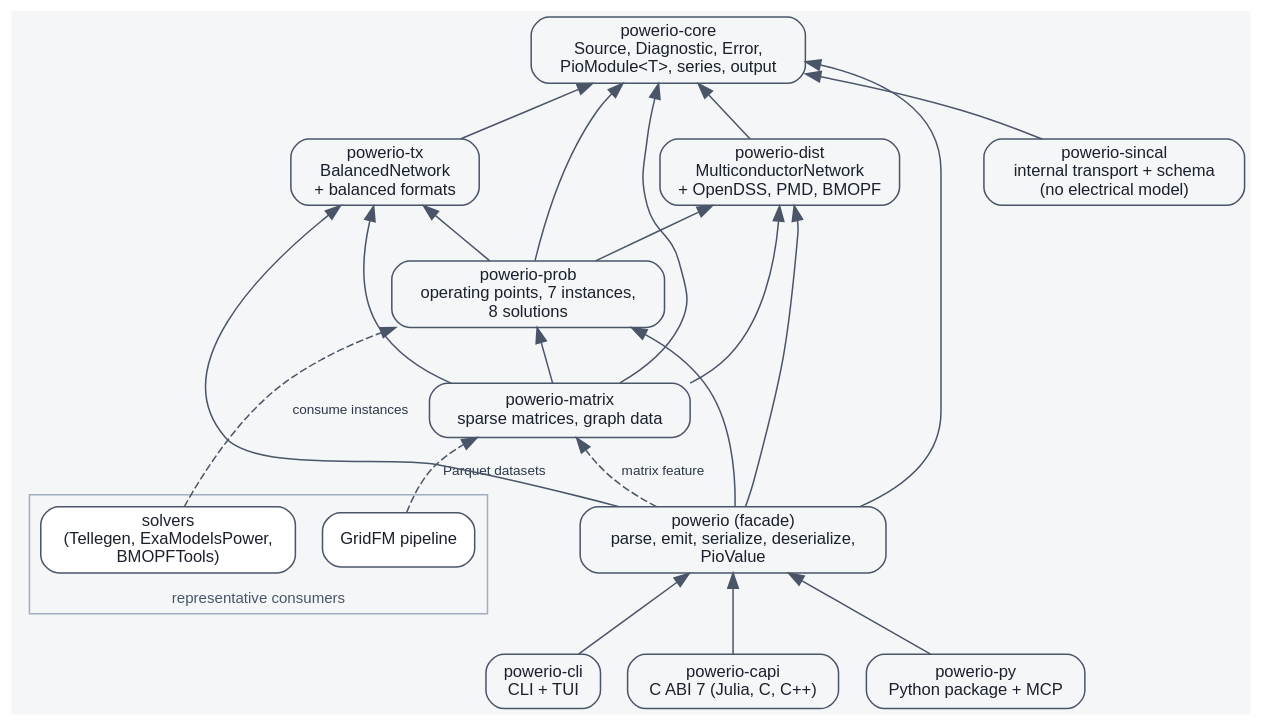
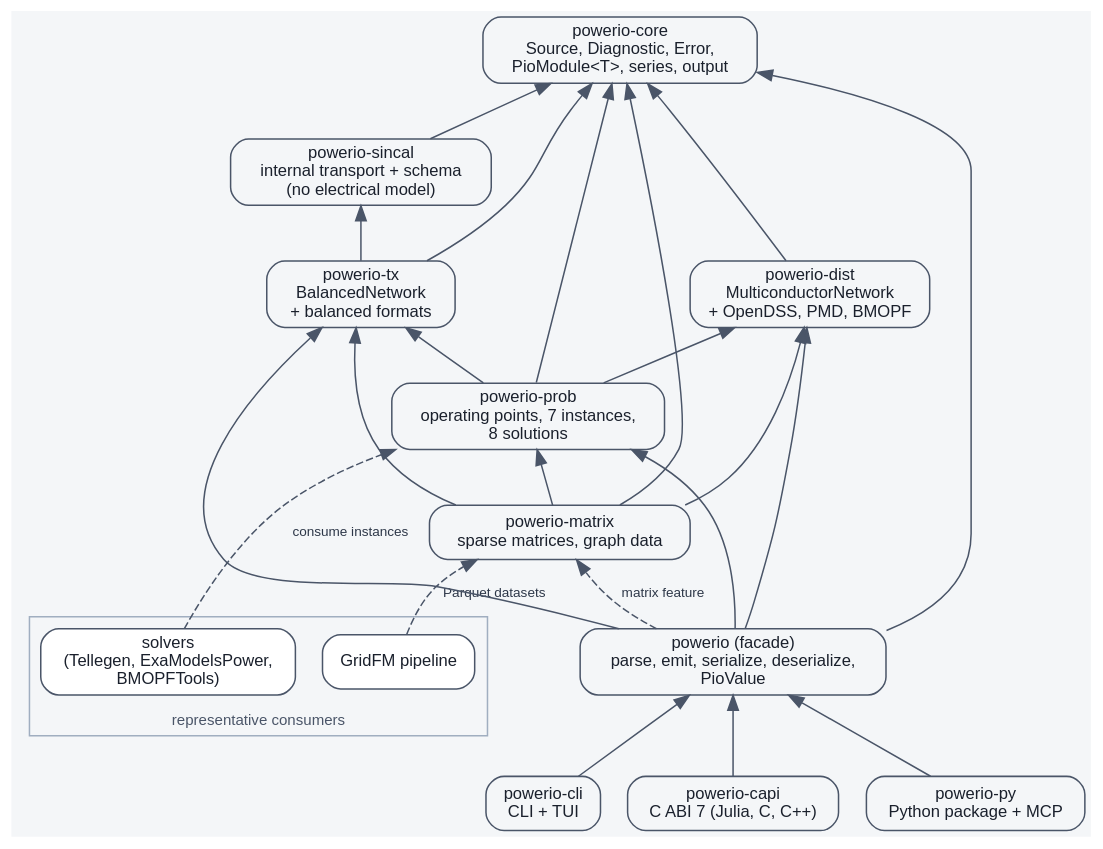
The diagram in docs/diagrams/architecture.dot (eigenergy/powerio), drawn with Graphviz before and after one commit. The commit also changed 21 other files, not shown here.

```diff
--- a/docs/diagrams/architecture.dot
+++ b/docs/diagrams/architecture.dot
@@ -1,58 +1,59 @@
 // The primary architecture map: components, dependency direction, and the
 // two network families. Edges read "depends on" unless labeled. Checked
 // against cargo metadata by scripts/check-architecture-map.py; the committed
 // SVG is generated by the same script. Node ids that name crates must match
 // workspace member names exactly.
 digraph powerio_architecture {
     rankdir = BT;
     bgcolor = "#f4f6f8";
     node [shape = box, style = "rounded,filled", fillcolor = "#f4f6f8",
           color = "#4a5568", fontname = "Helvetica", fontsize = 11,
           fontcolor = "#1a202c"];
     edge [color = "#4a5568", fontname = "Helvetica", fontsize = 9,
           fontcolor = "#2d3748"];
 
     subgraph cluster_consumers {
         label = "representative consumers";
         fontname = "Helvetica"; fontsize = 10; color = "#a0aec0"; fontcolor = "#4a5568";
         solvers [label = "solvers\n(Tellegen, ExaModelsPower,\nBMOPFTools)", fillcolor = "#ffffff"];
         gridfm_ml [label = "GridFM pipeline", fillcolor = "#ffffff"];
     }
 
     "powerio-cli" [label = "powerio-cli\nCLI + TUI"];
     "powerio-capi" [label = "powerio-capi\nC ABI 7 (Julia, C, C++)"];
     "powerio-py" [label = "powerio-py\nPython package + MCP"];
 
     powerio [label = "powerio (facade)\nparse, emit, serialize, deserialize,\nPioValue"];
 
     "powerio-matrix" [label = "powerio-matrix\nsparse matrices, graph data"];
     "powerio-prob" [label = "powerio-prob\noperating points, 7 instances,\n8 solutions"];
 
     "powerio-tx" [label = "powerio-tx\nBalancedNetwork\n+ balanced formats"];
     "powerio-dist" [label = "powerio-dist\nMulticonductorNetwork\n+ OpenDSS, PMD, BMOPF"];
 
     "powerio-core" [label = "powerio-core\nSource, Diagnostic, Error,\nPioModule<T>, series, output"];
     "powerio-sincal" [label = "powerio-sincal\ninternal transport + schema\n(no electrical model)"];
 
     "powerio-tx" -> "powerio-core";
+    "powerio-tx" -> "powerio-sincal";
     "powerio-dist" -> "powerio-core";
     "powerio-sincal" -> "powerio-core";
     "powerio-prob" -> "powerio-core";
     "powerio-prob" -> "powerio-tx";
     "powerio-prob" -> "powerio-dist";
     "powerio-matrix" -> "powerio-core";
     "powerio-matrix" -> "powerio-tx";
     "powerio-matrix" -> "powerio-dist";
     "powerio-matrix" -> "powerio-prob";
     powerio -> "powerio-core";
     powerio -> "powerio-tx";
     powerio -> "powerio-dist";
     powerio -> "powerio-prob";
     powerio -> "powerio-matrix" [label = "matrix feature", style = dashed];
     "powerio-cli" -> powerio;
     "powerio-capi" -> powerio;
     "powerio-py" -> powerio;
 
     solvers -> "powerio-prob" [label = "consume instances", style = dashed];
     gridfm_ml -> "powerio-matrix" [label = "Parquet datasets", style = dashed];
 }
```
